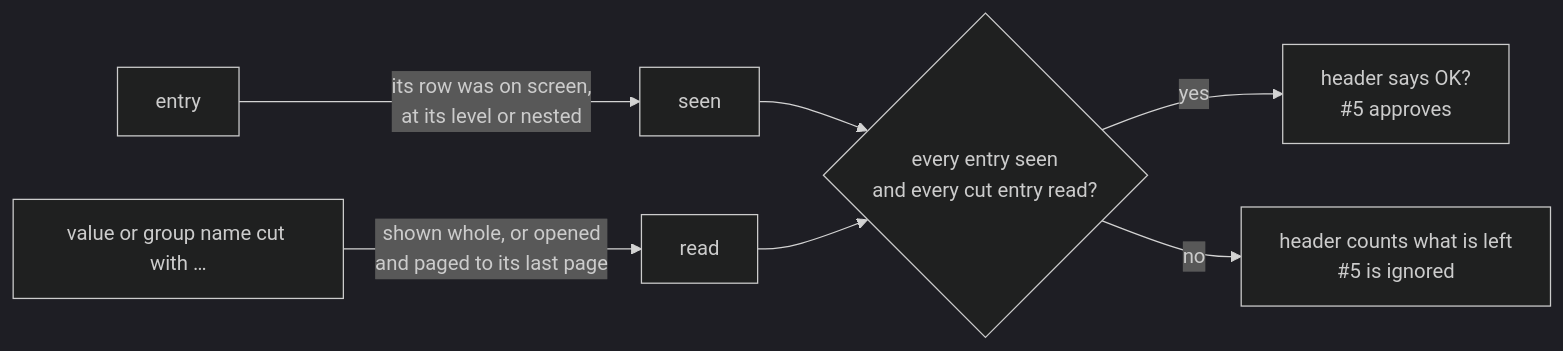
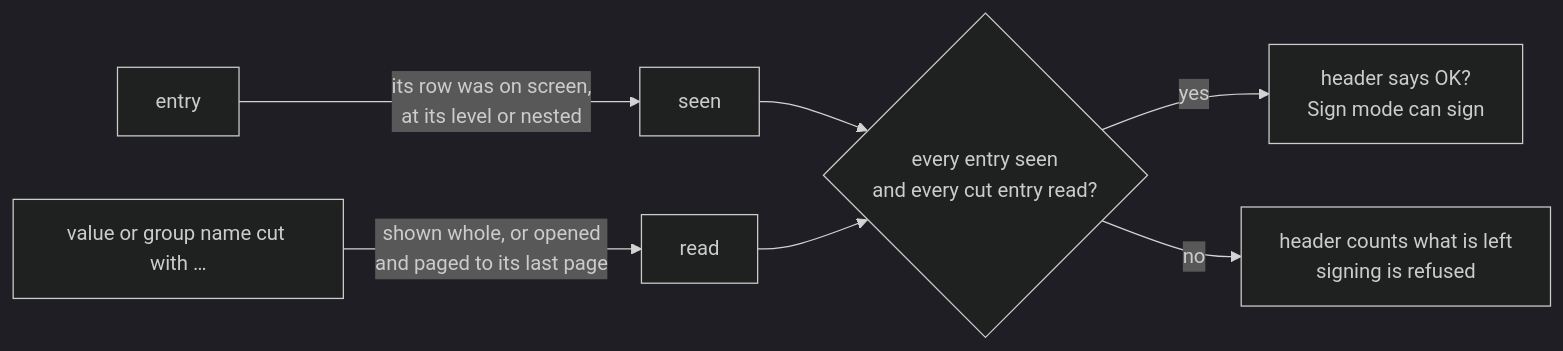
Before and after one commit to paolino/air-gap-signer: the third of 3 diagrams in docs/architecture/review.md, drawn with Mermaid (dark theme). The commit also changed other lines of this file and 7 other files, not shown here.

````diff
--- a/docs/architecture/review.md
+++ b/docs/architecture/review.md
@@ -107,9 +130,9 @@
 ```mermaid
 flowchart LR
     E["entry"] -->|"its row was on screen,<br/>at its level or nested"| S["seen"]
     V["value or group name cut with …"] -->|"shown whole, or opened<br/>and paged to its last page"| R["read"]
     S --> C{"every entry seen<br/>and every cut entry read?"}
     R --> C
-    C -->|yes| OK["header says OK?<br/>#5 approves"]
-    C -->|no| N["header counts what is left<br/>#5 is ignored"]
+    C -->|yes| OK["header says OK?<br/>Sign mode can sign"]
+    C -->|no| N["header counts what is left<br/>signing is refused"]
 ```
````
